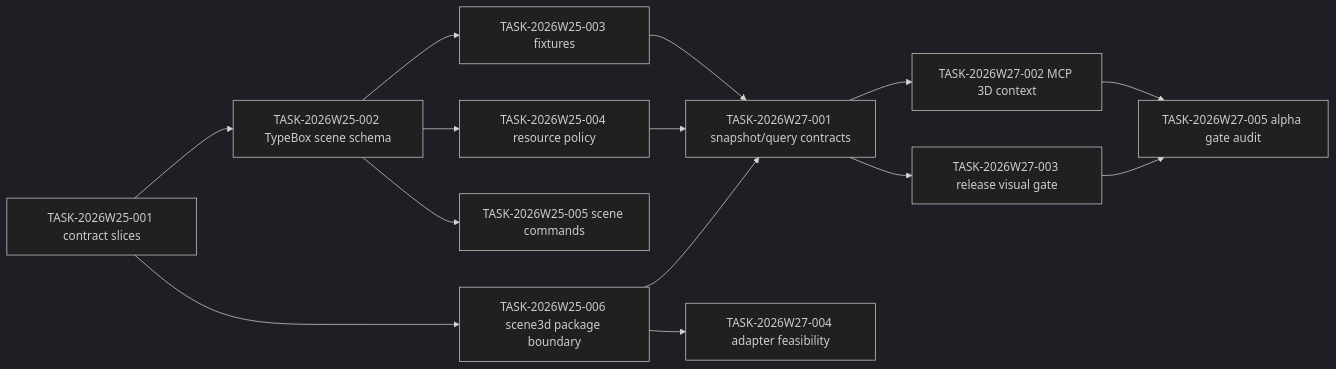
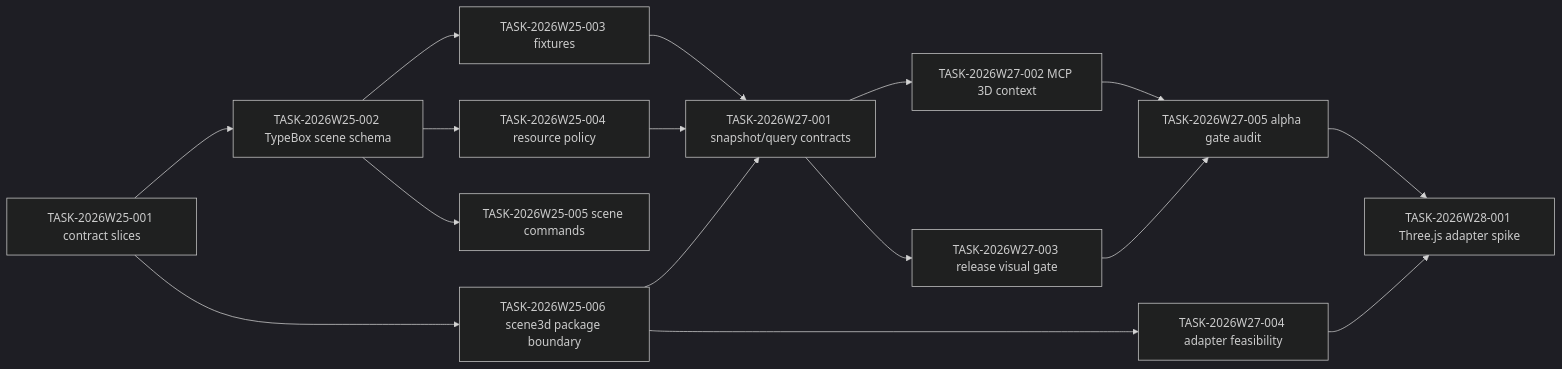
Before and after one commit to HYNCM/gis-engine: the diagram in docs/planning/sprint-2026-W25-sceneview3d-v1.md, drawn with Mermaid (dark theme). The commit also changed other lines of this file and 18 other files, not shown here.

Commit message:
feat: add scene3d three adapter spike

````diff
--- a/docs/planning/sprint-2026-W25-sceneview3d-v1.md
+++ b/docs/planning/sprint-2026-W25-sceneview3d-v1.md
@@ -51,16 +52,18 @@
 ```mermaid
 flowchart LR
   A["TASK-2026W25-001 contract slices"] --> B["TASK-2026W25-002 TypeBox scene schema"]
   B --> C["TASK-2026W25-003 fixtures"]
   B --> D["TASK-2026W25-004 resource policy"]
   B --> E["TASK-2026W25-005 scene commands"]
   A --> F["TASK-2026W25-006 scene3d package boundary"]
   C --> G["TASK-2026W27-001 snapshot/query contracts"]
   D --> G
   F --> G
   G --> H["TASK-2026W27-002 MCP 3D context"]
   G --> I["TASK-2026W27-003 release visual gate"]
   F --> J["TASK-2026W27-004 adapter feasibility"]
   H --> K["TASK-2026W27-005 alpha gate audit"]
   I --> K
+  J --> L["TASK-2026W28-001 Three.js adapter spike"]
+  K --> L
 ```
````
